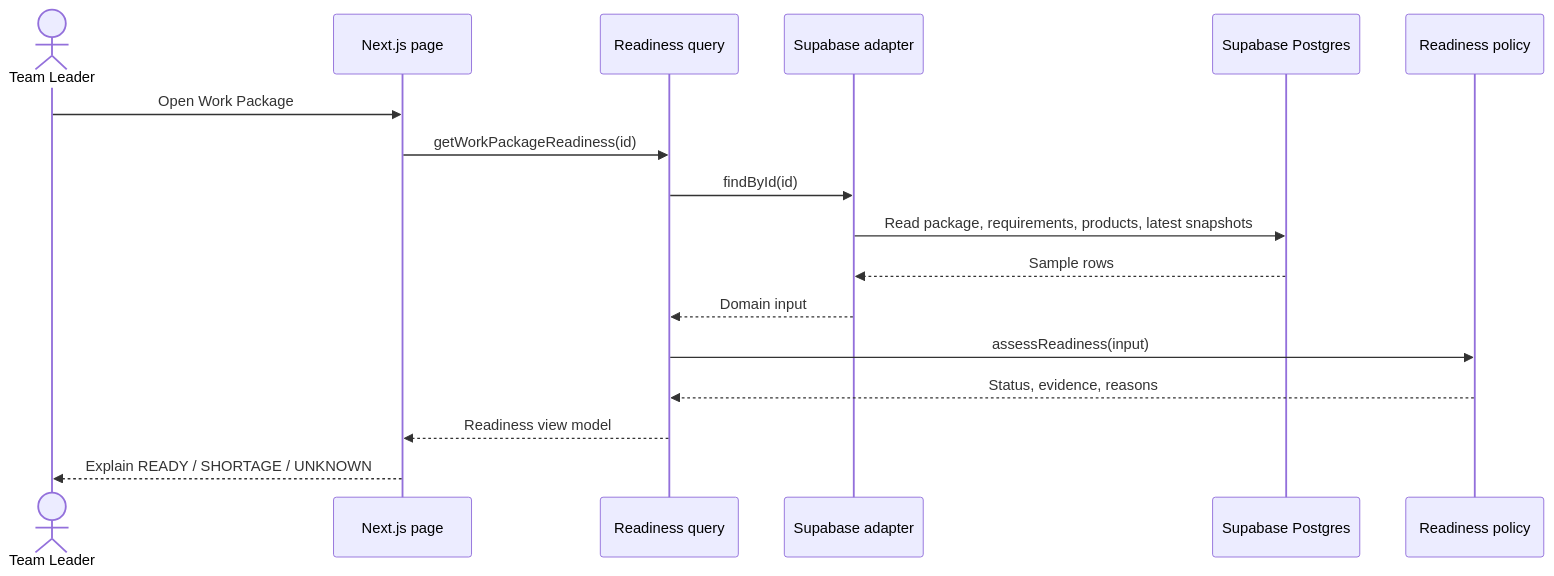
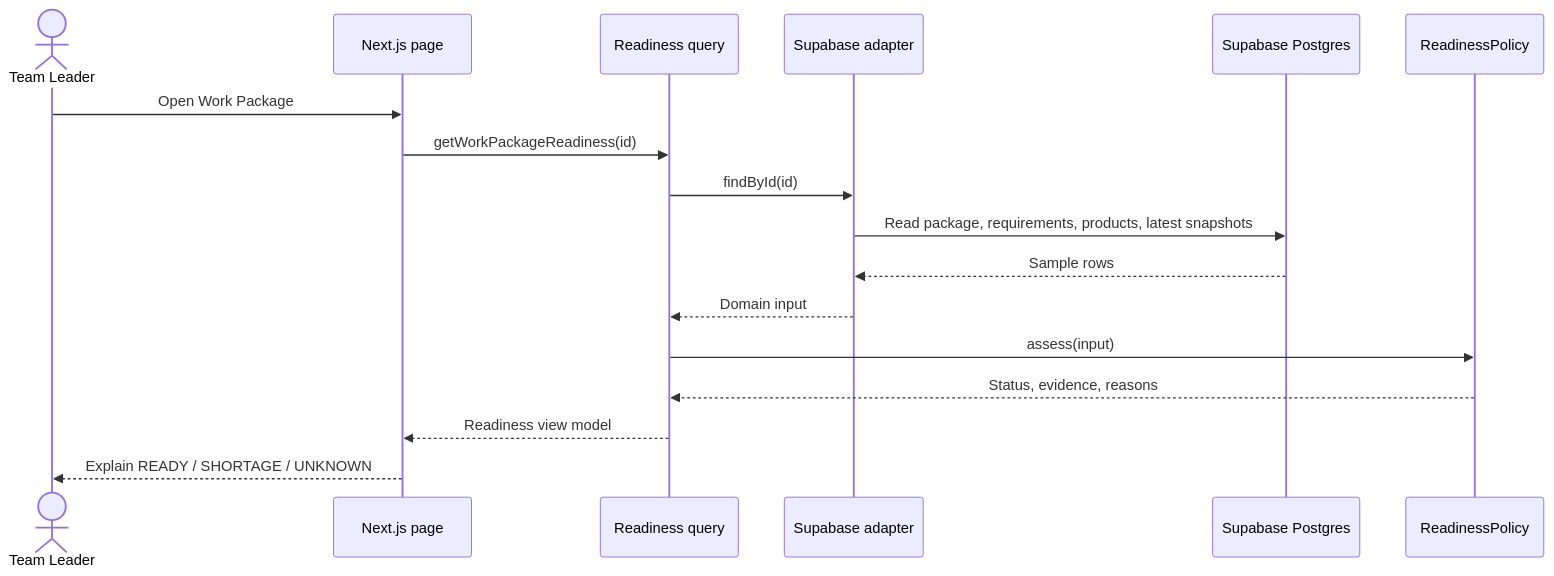
Before and after one commit to jiqiang90/qantum-stock: the second of 4 diagrams in docs/architecture/overview.md, drawn with Mermaid. The commit also changed other lines of this file and 11 other files, not shown here.

Commit message:
refactor: introduce readiness policy strategy

````diff
--- a/docs/architecture/overview.md
+++ b/docs/architecture/overview.md
@@ -49,20 +73,20 @@
 ```mermaid
 sequenceDiagram
     actor TL as Team Leader
     participant Page as Next.js page
     participant Query as Readiness query
     participant Repo as Supabase adapter
     participant DB as Supabase Postgres
-    participant Domain as Readiness policy
+    participant Policy as ReadinessPolicy
 
     TL->>Page: Open Work Package
     Page->>Query: getWorkPackageReadiness(id)
     Query->>Repo: findById(id)
     Repo->>DB: Read package, requirements, products, latest snapshots
     DB-->>Repo: Sample rows
     Repo-->>Query: Domain input
-    Query->>Domain: assessReadiness(input)
-    Domain-->>Query: Status, evidence, reasons
+    Query->>Policy: assess(input)
+    Policy-->>Query: Status, evidence, reasons
     Query-->>Page: Readiness view model
     Page-->>TL: Explain READY / SHORTAGE / UNKNOWN
 ```
````
